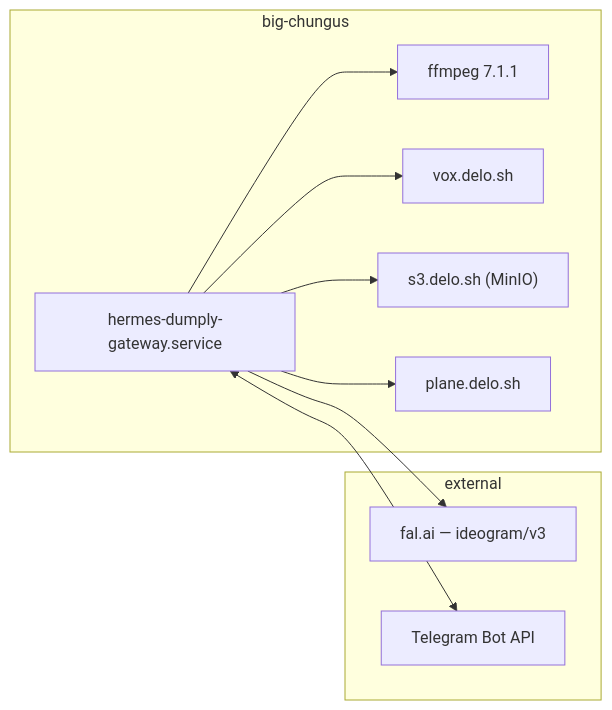
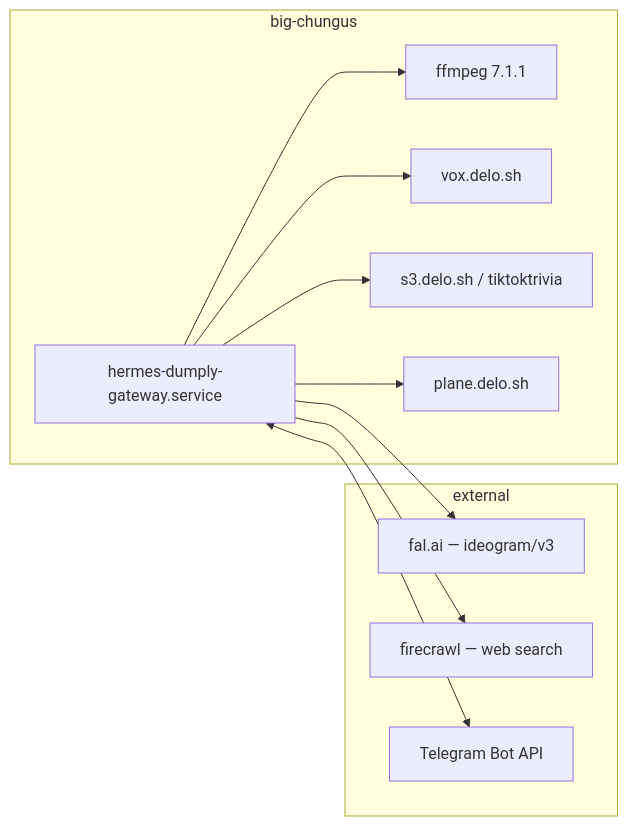
One commit to delorenj/TikTokTrivia changed the second of 2 diagrams in _bmad-output/planning-artifacts/architecture/architecture-TikTokTrivia-2026-09-17/ARCHITECTURE-SPINE.md. Above: the diagram before and after it, drawn with Mermaid. The commit also changed other lines of this file and 1 other file, not shown here.

First line of the commit message:
Finalize the architecture spine after the reviewer gate

````diff
--- a/_bmad-output/planning-artifacts/architecture/architecture-TikTokTrivia-2026-09-17/ARCHITECTURE-SPINE.md
+++ b/_bmad-output/planning-artifacts/architecture/architecture-TikTokTrivia-2026-09-17/ARCHITECTURE-SPINE.md
@@ -138,20 +157,22 @@
 ```mermaid
 graph LR
   subgraph BC["big-chungus"]
     GW["hermes-dumply-gateway.service"]
     FF["ffmpeg 7.1.1"]
     VOX["vox.delo.sh"]
-    S3["s3.delo.sh (MinIO)"]
+    S3["s3.delo.sh / tiktoktrivia"]
     PL["plane.delo.sh"]
   end
   subgraph EXT["external"]
     FAL["fal.ai — ideogram/v3"]
+    FC["firecrawl — web search"]
     TGAPI["Telegram Bot API"]
   end
   GW --> FF
   GW --> VOX
   GW --> S3
   GW --> PL
   GW --> FAL
+  GW --> FC
   GW <--> TGAPI
 ```
````
